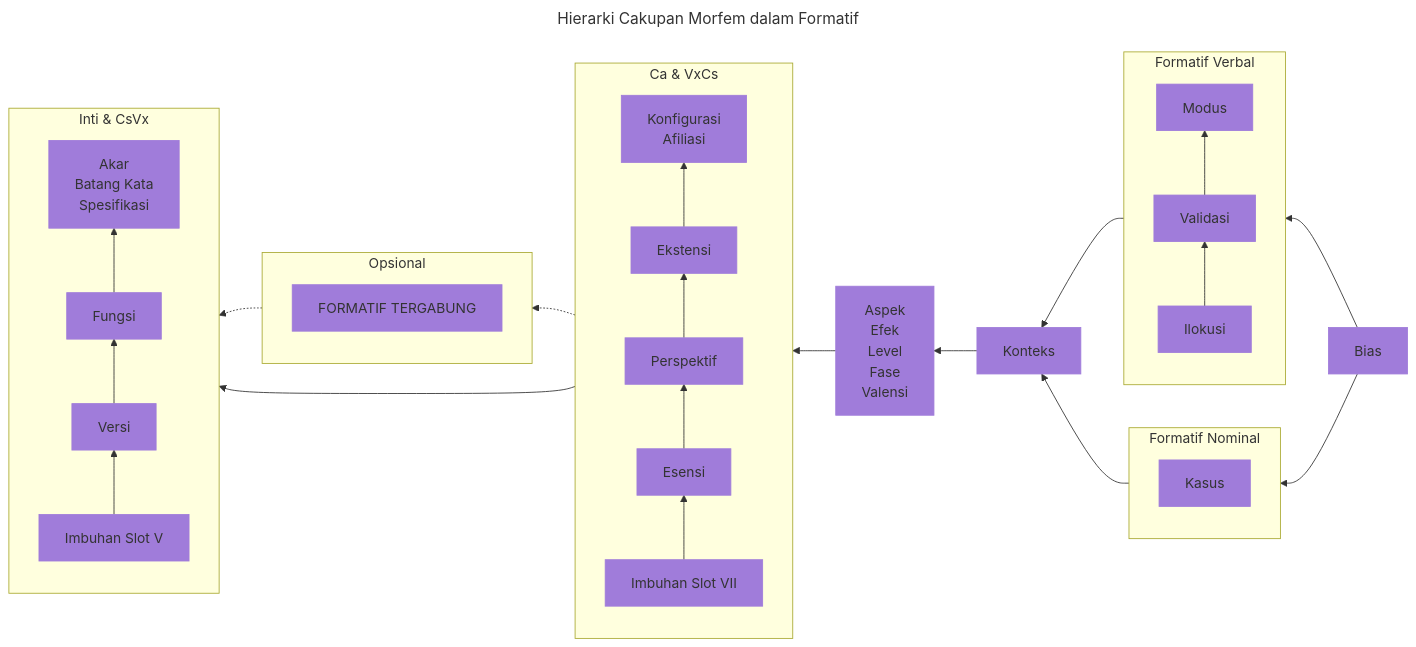
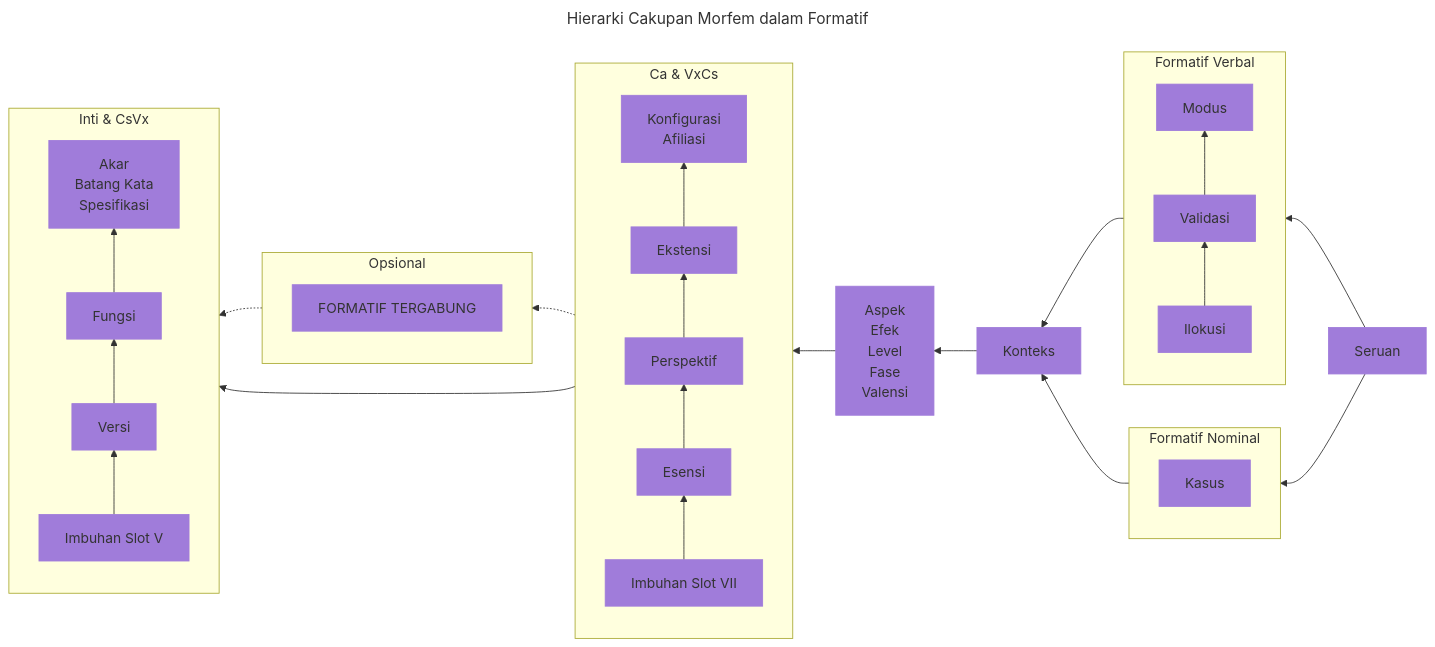
Before and after one commit to Hasbi2816/yuorb.github.io-id: the diagram in src/id/docs/02.md, drawn with Mermaid.

````diff
--- a/src/id/docs/02.md
+++ b/src/id/docs/02.md
@@ -203,52 +203,52 @@
 ```mermaid
 ---
 title: Hierarki Cakupan Morfem dalam Formatif
 ---
 flowchart RL
     subgraph CORE [Inti & CsVx]
     direction BT
     a["Akar
     Batang Kata
     Spesifikasi"]
     b[Fungsi]
     c[Versi]
     d[Imbuhan Slot V]
     d-->c-->b-->a
     end
     subgraph opt [Opsional]
     e["FORMATIF TERGABUNG"]
     end
     subgraph Ca [Ca & VxCs]
     direction BT
     f["Konfigurasi
     Afiliasi"]
     g[Ekstensi]
     h[Perspektif]
     i[Esensi]
     j[Imbuhan Slot VII]
     j-->i-->h-->g-->f
     end
     k["Aspek
     Efek
     Level
     Fase
     Valensi"]
     l[Konteks]
     l-->k-->Ca-.->opt-.->CORE
     Ca-->CORE
     subgraph verb [Formatif Verbal]
     direction BT
     p[Ilokusi]-->o[Validasi]-->n[Modus]
     end
     subgraph noun [Formatif Nominal]
     direction BT
     m[Kasus]
     end
     verb-->l
     noun-->l
-    q[Bias]
+    q[Seruan]
     q-->verb
     q-->noun
     class a,b,c,d,e,f,g,h,i,j,k,l,m,n,o,p,q styl;
     classDef styl fill:#a07cda,stroke:#a07cda
 ```
````
